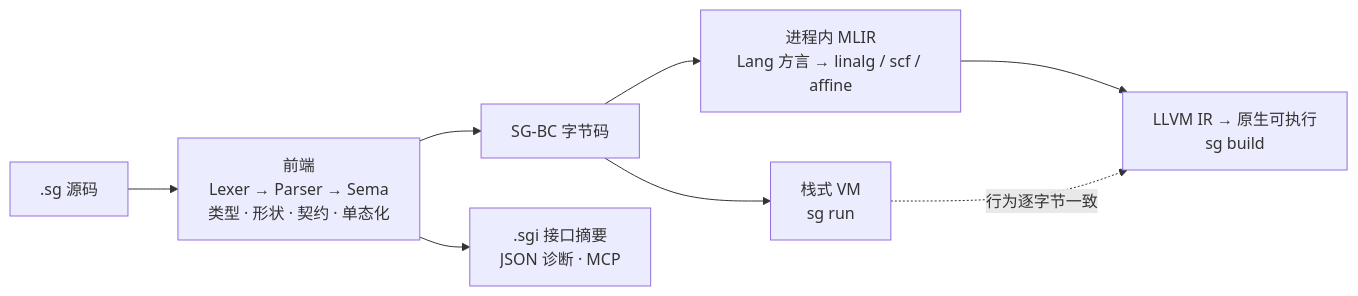
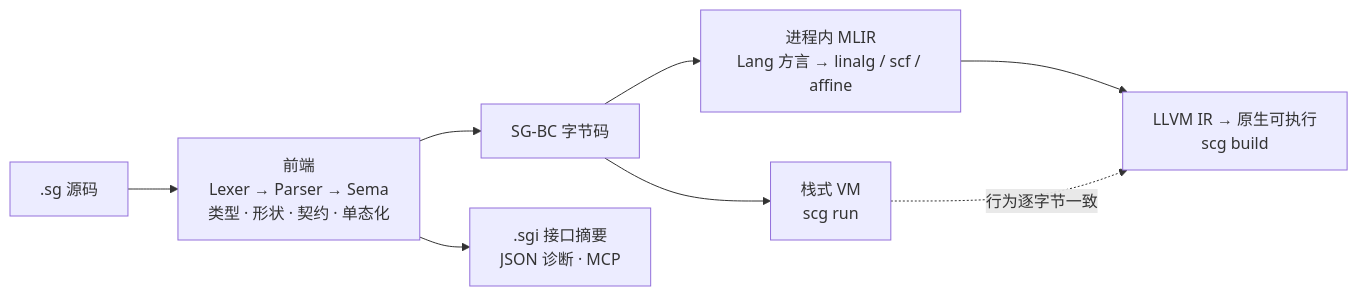
Before and after one commit to YuanBaoSMadLab/scourge: the diagram in README.md, drawn with Mermaid. The commit also changed other lines of this file and 93 other files, not shown here.

````diff
--- a/README.md
+++ b/README.md
@@ -152,10 +152,10 @@
 ```mermaid
 flowchart LR
     A[".sg 源码"] --> B["前端<br/>Lexer → Parser → Sema<br/>类型 · 形状 · 契约 · 单态化"]
     B --> C["SG-BC 字节码"]
-    C --> D["栈式 VM<br/>sg run"]
+    C --> D["栈式 VM<br/>scg run"]
     C --> E["进程内 MLIR<br/>Lang 方言 → linalg / scf / affine"]
-    E --> F["LLVM IR → 原生可执行<br/>sg build"]
+    E --> F["LLVM IR → 原生可执行<br/>scg build"]
     D -. 行为逐字节一致 .-> F
     B --> G[".sgi 接口摘要<br/>JSON 诊断 · MCP"]
 ```
````
